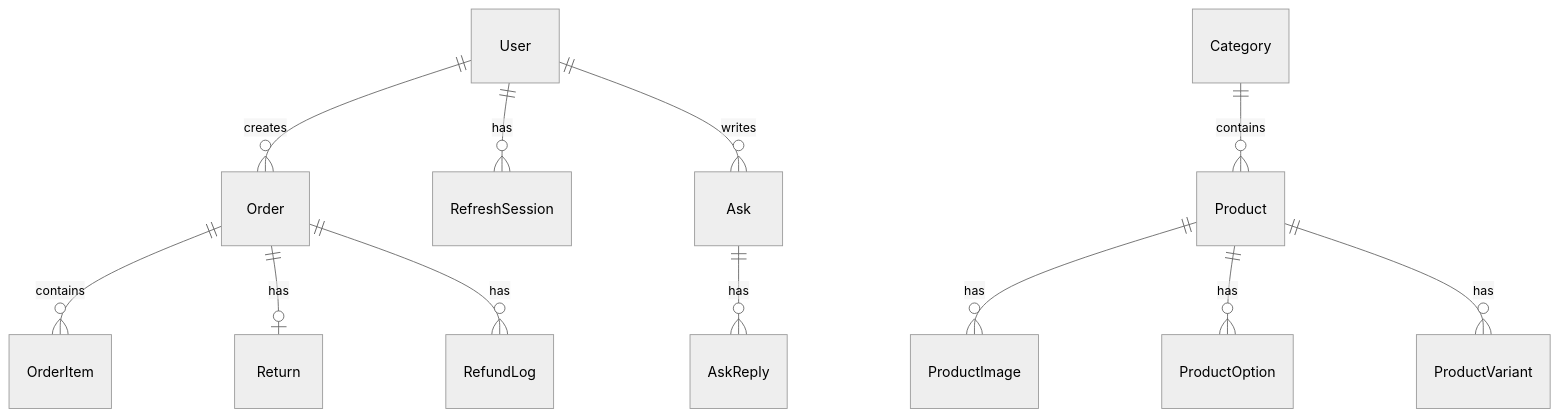
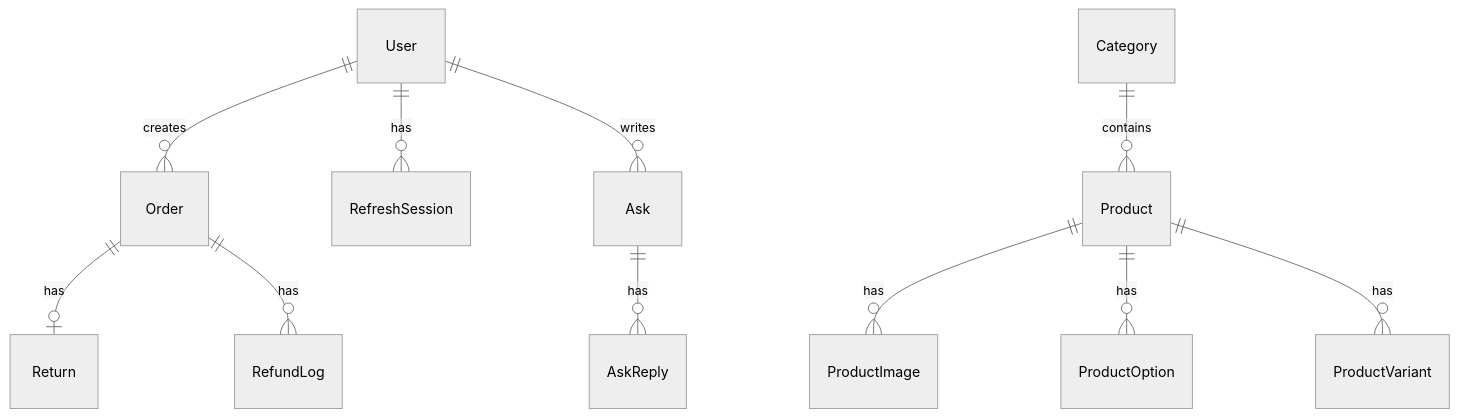
Before and after one commit to Economy0326/shopping-backend: the eighth of 8 diagrams in README.md, drawn with Mermaid (neutral theme). The commit also changed other lines of this file, not shown here.

````diff
--- a/README.md
+++ b/README.md
@@ -571,14 +585,13 @@
 ```mermaid
 erDiagram
   User ||--o{ Order : creates
   User ||--o{ RefreshSession : has
   Category ||--o{ Product : contains
   Product ||--o{ ProductImage : has
   Product ||--o{ ProductOption : has
   Product ||--o{ ProductVariant : has
-  Order ||--o{ OrderItem : contains
   Order ||--o| Return : has
   Order ||--o{ RefundLog : has
   User ||--o{ Ask : writes
   Ask ||--o{ AskReply : has
 ```
````
